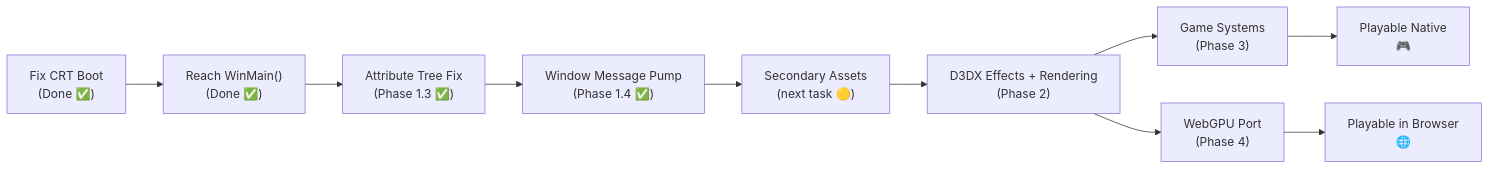
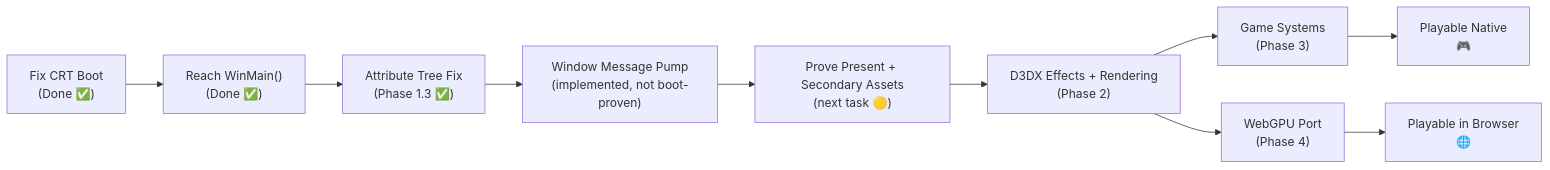
The diagram in docs/ROADMAP.md (uvindusl/NFSProStreet_online), drawn with Mermaid before and after one commit. The commit also changed other lines of this file and 2 other files, not shown here.

Commit message:
docs: qualify Phase 1.4 status and guard doc inventories

````diff
--- a/docs/ROADMAP.md
+++ b/docs/ROADMAP.md
@@ -173,12 +175,12 @@
 ```mermaid
 flowchart LR
     A["Fix CRT Boot\n(Done ✅)"] --> B["Reach WinMain()\n(Done ✅)"]
     B --> C["Attribute Tree Fix\n(Phase 1.3 ✅)"]
-    C --> D["Window Message Pump\n(Phase 1.4 ✅)"]
-    D --> E["Secondary Assets\n(next task 🟡)"]
+    C --> D["Window Message Pump\n(implemented, not boot-proven)"]
+    D --> E["Prove Present + Secondary Assets\n(next task 🟡)"]
     E --> F["D3DX Effects + Rendering\n(Phase 2)"]
     F --> G["Game Systems\n(Phase 3)"]
     F --> H["WebGPU Port\n(Phase 4)"]
     G --> I["Playable Native\n🎮"]
     H --> J["Playable in Browser\n🌐"]
 ```
````
